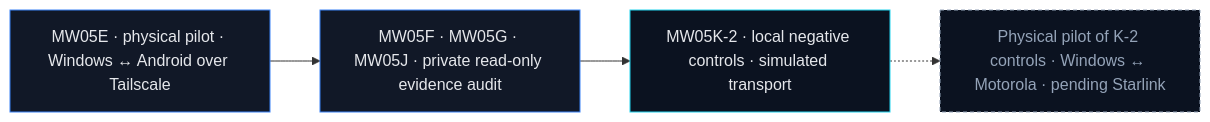
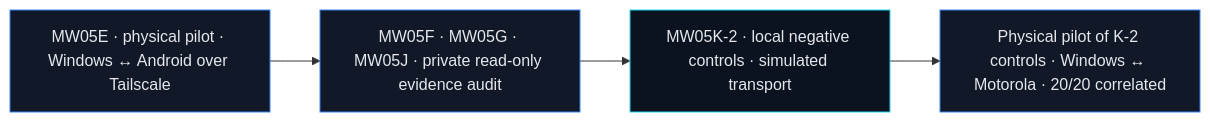
Before and after one commit to gutembergpb27/Termux-nexus: the diagram in docs/NEXUS_V2700_MULTIWAN_05_SERIES_EN.md, drawn with Mermaid. The commit also changed other lines of this file and 7 other files, not shown here.

First line of the commit message:
docs(v2700): document MW05K-2 physical Windows-Motorola pilot

````diff
--- a/docs/NEXUS_V2700_MULTIWAN_05_SERIES_EN.md
+++ b/docs/NEXUS_V2700_MULTIWAN_05_SERIES_EN.md
@@ -40,15 +41,13 @@
 ```mermaid
 flowchart LR
     E["MW05E · physical pilot · Windows ↔ Android over Tailscale"]
     FGJ["MW05F · MW05G · MW05J · private read-only evidence audit"]
     K2["MW05K-2 · local negative controls · simulated transport"]
-    P["Physical pilot of K-2 controls · Windows ↔ Motorola · pending Starlink"]
-    E --> FGJ --> K2 -.-> P
+    P["Physical pilot of K-2 controls · Windows ↔ Motorola · 20/20 correlated"]
+    E --> FGJ --> K2 --> P
 
     classDef done fill:#111827,stroke:#3B82F6,color:#E5E7EB
     classDef local fill:#0B1220,stroke:#22D3EE,color:#E5E7EB
-    classDef pending fill:#0B1220,stroke:#94A3B8,color:#94A3B8,stroke-dasharray:4 3
-    class E,FGJ done
+    class E,FGJ,P done
     class K2 local
-    class P pending
 ```
````
